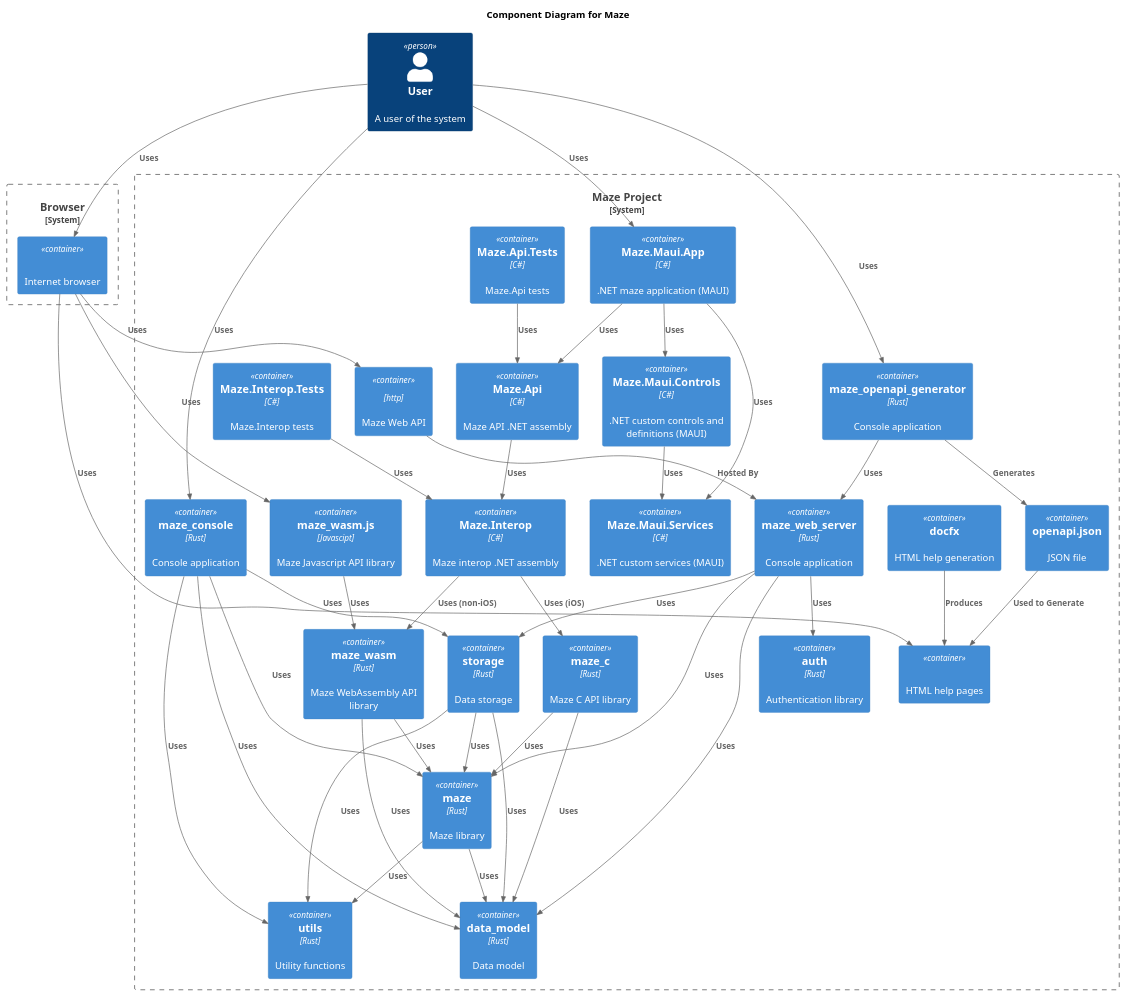
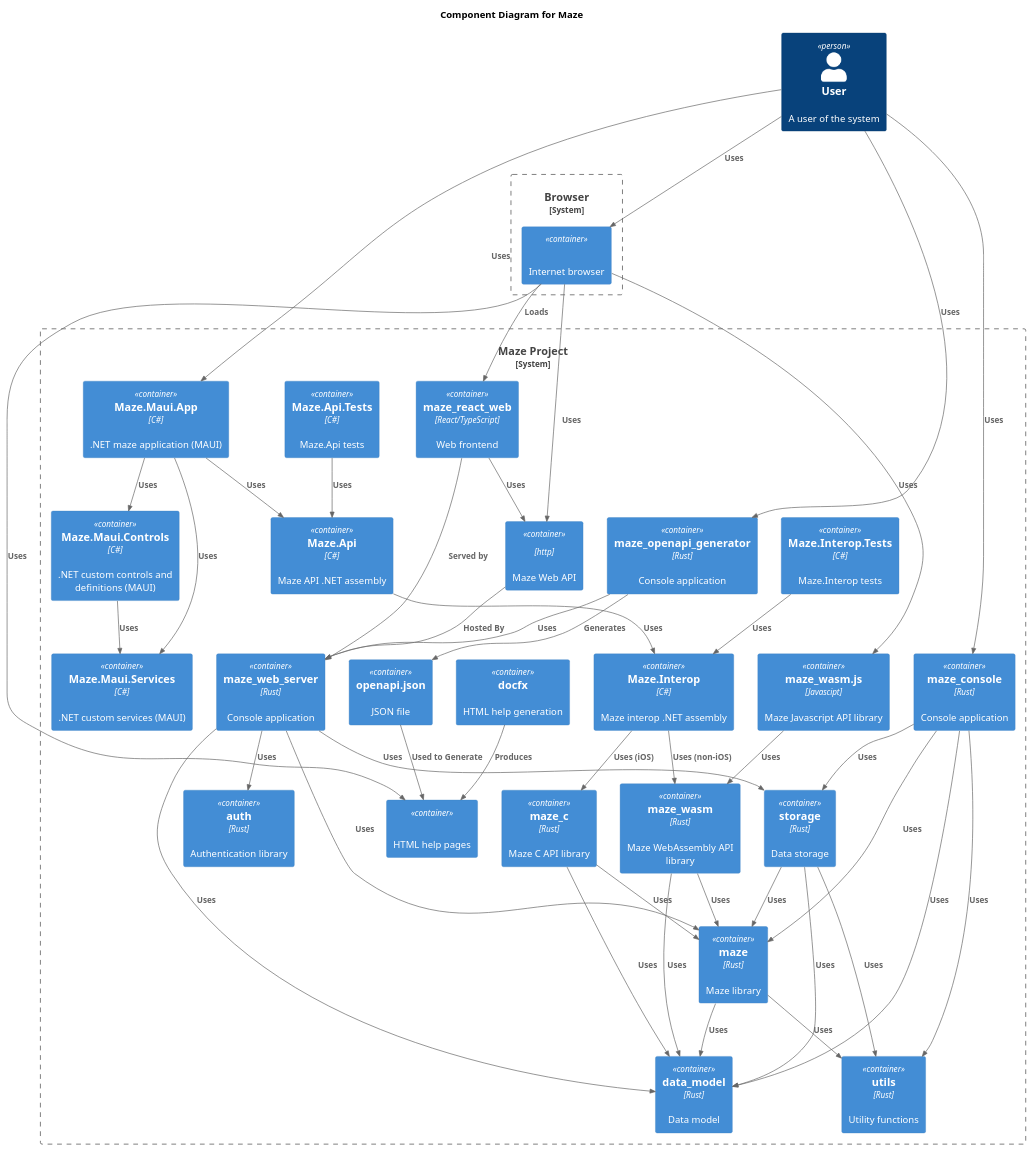
The diagram in docs/diagrams/components.puml (budgiedownunder/maze), drawn with PlantUML before and after one commit. The commit also changed 1 other file, not shown here.

Commit message:
docs: add React web frontend to architecture and component diagrams

```diff
--- a/docs/diagrams/components.puml
+++ b/docs/diagrams/components.puml
@@ -2,78 +2,82 @@
 @startuml
 
 !include https://raw.githubusercontent.com/plantuml-stdlib/C4-PlantUML/master/C4_Container.puml
 
 title Component Diagram for Maze
 
 Person(user, "User", "A user of the system")
 
 System_Boundary(c1, "Browser") {
     Container(browser, "", "", "Internet browser")
 }
 
 System_Boundary(c2, "Maze Project") {
     Container(html_help, "", "", "HTML help pages")
     Container(auth, "auth", "Rust", "Authentication library")
     Container(data_model, "data_model", "Rust", "Data model")
     Container(docfx, "docfx", "", "HTML help generation")
     Container(maze, "maze", "Rust", "Maze library")
     Container(maze_maui_app_net, "Maze.Maui.App", "C#", ".NET maze application (MAUI)")
     Container(maze_maui_controls_net, "Maze.Maui.Controls", "C#", ".NET custom controls and definitions (MAUI)")
     Container(maze_maui_services_net, "Maze.Maui.Services", "C#", ".NET custom services (MAUI)")
     Container(maze_api_net_tests, "Maze.Api.Tests", "C#", "Maze.Api tests")
     Container(maze_api_net, "Maze.Api", "C#", "Maze API .NET assembly")
     Container(maze_interop_net_tests, "Maze.Interop.Tests", "C#", "Maze.Interop tests")
     Container(maze_interop_net, "Maze.Interop", "C#", "Maze interop .NET assembly")
+    Container(maze_react_web, "maze_react_web", "React/TypeScript", "Web frontend")
     Container(maze_wasm_js, "maze_wasm.js", "Javascipt", "Maze Javascript API library")
     Container(maze_wasm, "maze_wasm", "Rust", "Maze WebAssembly API library")
     Container(maze_c, "maze_c", "Rust", "Maze C API library")
     Container(maze_console, "maze_console", "Rust", "Console application")
     Container(maze_web_api, "", "http", "Maze Web API")
     Container(maze_web_server, "maze_web_server", "Rust", "Console application")
     Container(maze_openapi_generator, "maze_openapi_generator", "Rust", "Console application")
     Container(openapi_json, "openapi.json", "", "JSON file")
     Container(storage, "storage", "Rust", "Data storage")
     Container(utils, "utils", "Rust", "Utility functions")
 }
 
 Rel(user, browser, "Uses")
 Rel(browser, html_help, "Uses")
 Rel(browser, maze_wasm_js, "Uses")
 Rel(docfx, html_help, "Produces")
 Rel(user, maze_console, "Uses")
 Rel(maze_console, data_model, "Uses")
 Rel(maze_console, maze, "Uses")
 Rel(maze_console, storage, "Uses")
 Rel(maze_console, utils, "Uses")
+Rel(browser, maze_react_web, "Loads")
+Rel(maze_react_web, maze_web_api, "Uses")
+Rel(maze_react_web, maze_web_server, "Served by")
 Rel(browser, maze_web_api, "Uses")
 Rel(maze_web_api, maze_web_server, "Hosted By")
 Rel(maze_web_server, auth, "Uses")
 Rel(maze_web_server, data_model, "Uses")
 Rel(maze_web_server, maze, "Uses")
 Rel(maze_web_server, storage, "Uses")
 Rel(user, maze_openapi_generator, "Uses")
 Rel(maze_openapi_generator, maze_web_server, "Uses")
 Rel(maze_openapi_generator, openapi_json, "Generates")
 Rel(openapi_json, html_help, "Used to Generate")
 Rel(user, maze_maui_app_net, "Uses")
 Rel(maze_maui_app_net, maze_maui_controls_net, "Uses")
 Rel(maze_maui_app_net, maze_maui_services_net, "Uses")
 Rel(maze_maui_app_net, maze_api_net, "Uses")
 Rel(maze_maui_controls_net, maze_maui_services_net, "Uses")
 Rel(maze_api_net_tests, maze_api_net, "Uses")
 Rel(maze_api_net, maze_interop_net, "Uses")
 Rel(maze_interop_net_tests, maze_interop_net, "Uses")
 Rel(maze_interop_net, maze_wasm, "Uses (non-iOS)")
 Rel(maze_interop_net, maze_c, "Uses (iOS)")
 Rel(maze_wasm_js, maze_wasm, "Uses")
 Rel(maze_wasm, data_model, "Uses")
 Rel(maze_wasm, maze, "Uses")
 Rel(maze_c, data_model, "Uses")
 Rel(maze_c, maze, "Uses")
 Rel(storage, data_model, "Uses")
 Rel(storage, maze, "Uses")
 Rel(storage, utils, "Uses")
 Rel(maze, data_model, "Uses")
 Rel(maze, utils, "Uses")
 
 @enduml
```
